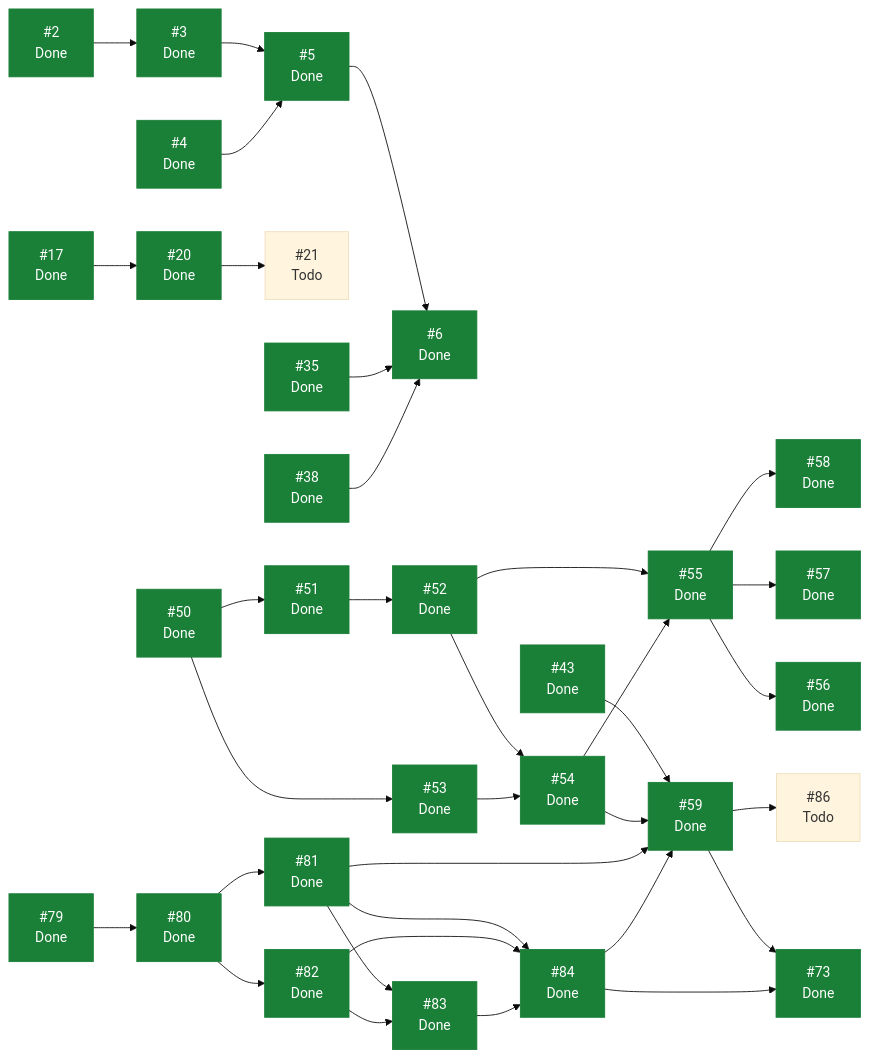
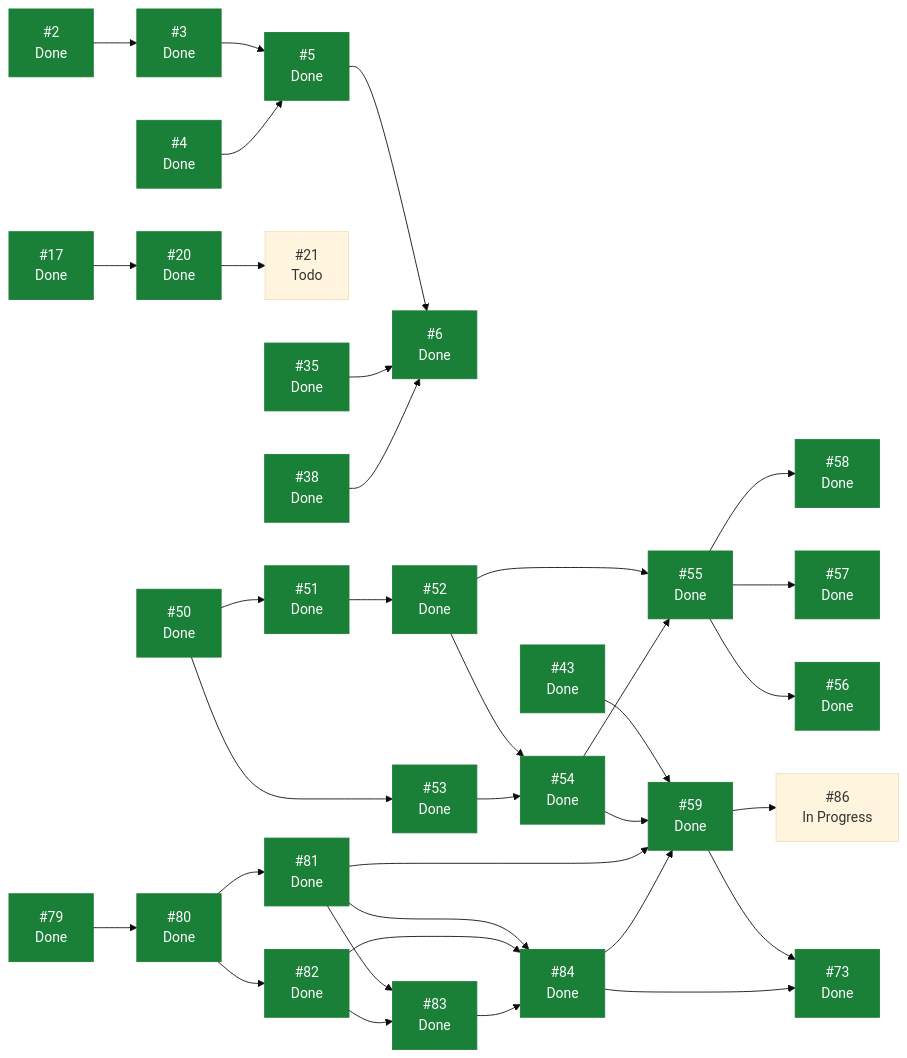
The diagram in docs/planning/STATUS.md (ecamp0s/evault), drawn with Mermaid (base theme) before and after one commit. The commit also changed other lines of this file, not shown here.

````diff
--- a/docs/planning/STATUS.md
+++ b/docs/planning/STATUS.md
@@ -102,67 +101,67 @@
 ```mermaid
 graph LR
   I2["#2<br/>Done"]
   I3["#3<br/>Done"]
   I4["#4<br/>Done"]
   I5["#5<br/>Done"]
   I6["#6<br/>Done"]
   I17["#17<br/>Done"]
   I20["#20<br/>Done"]
   I21["#21<br/>Todo"]
   I35["#35<br/>Done"]
   I38["#38<br/>Done"]
   I43["#43<br/>Done"]
   I50["#50<br/>Done"]
   I51["#51<br/>Done"]
   I52["#52<br/>Done"]
   I53["#53<br/>Done"]
   I54["#54<br/>Done"]
   I55["#55<br/>Done"]
   I56["#56<br/>Done"]
   I57["#57<br/>Done"]
   I58["#58<br/>Done"]
   I59["#59<br/>Done"]
   I73["#73<br/>Done"]
   I79["#79<br/>Done"]
   I80["#80<br/>Done"]
   I81["#81<br/>Done"]
   I82["#82<br/>Done"]
   I83["#83<br/>Done"]
   I84["#84<br/>Done"]
-  I86["#86<br/>Todo"]
+  I86["#86<br/>In Progress"]
   I2 --> I3
   I3 --> I5
   I4 --> I5
   I5 --> I6
   I17 --> I20
   I20 --> I21
   I35 --> I6
   I38 --> I6
   I43 --> I59
   I50 --> I51
   I50 --> I53
   I51 --> I52
   I52 --> I54
   I52 --> I55
   I53 --> I54
   I54 --> I55
   I54 --> I59
   I55 --> I56
   I55 --> I57
   I55 --> I58
   I59 --> I73
   I59 --> I86
   I79 --> I80
   I80 --> I81
   I80 --> I82
   I81 --> I59
   I81 --> I83
   I81 --> I84
   I82 --> I83
   I82 --> I84
   I83 --> I84
   I84 --> I59
   I84 --> I73
   classDef hecho fill:#1a7f37,stroke:#1a7f37,color:#fff;
   class I2,I3,I4,I5,I6,I17,I20,I35,I38,I43,I50,I51,I52,I53,I54,I55,I56,I57,I58,I59,I73,I79,I80,I81,I82,I83,I84 hecho;
 ```
````
